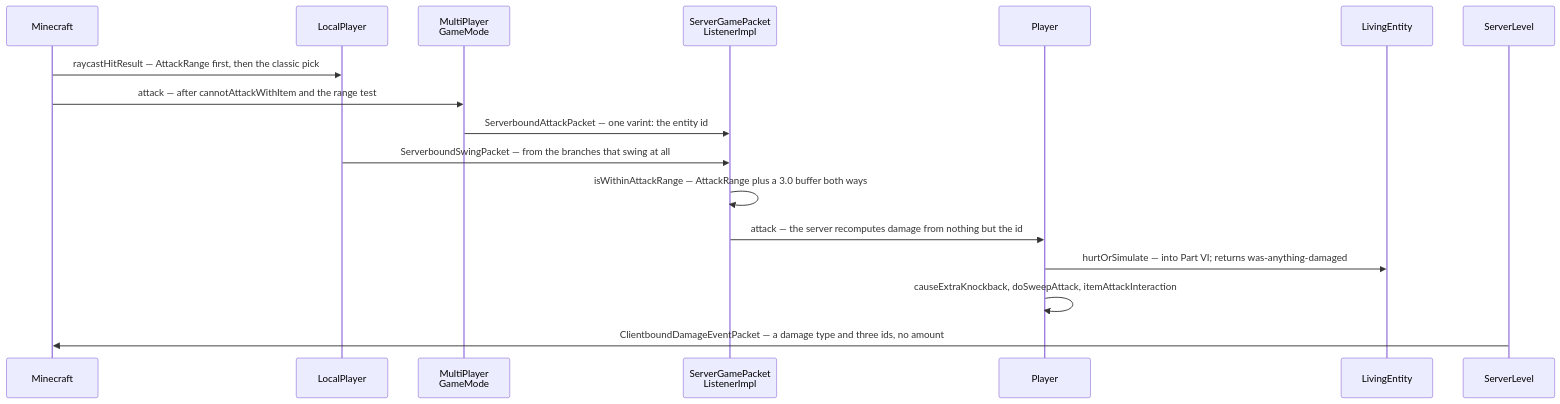
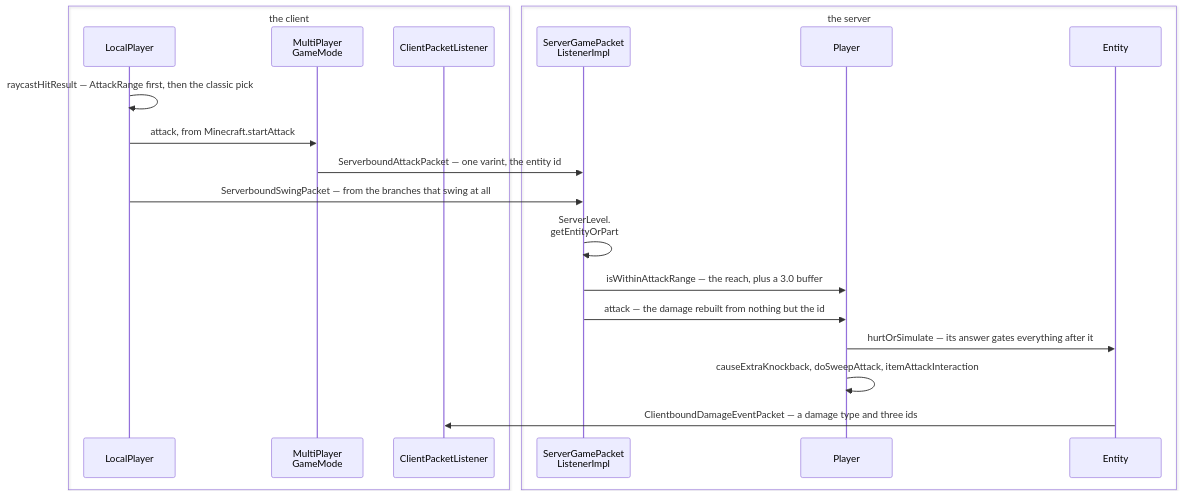
The first of 2 diagrams in src/systems/player/the-sword-swing.md (AlexanderjFraser/MinecraftDocs), drawn with Mermaid before and after one commit. The commit also changed other lines of this file and 12 other files, not shown here.

````diff
--- a/src/systems/player/the-sword-swing.md
+++ b/src/systems/player/the-sword-swing.md
@@ -108,20 +111,24 @@
 ```mermaid
 sequenceDiagram
-    participant MC as Minecraft
+    box transparent the client
     participant LP as LocalPlayer
     participant MPGM as MultiPlayer<br/>GameMode
+    participant CPL as ClientPacketListener
+    end
+    box transparent the server
     participant SGPL as ServerGamePacket<br/>ListenerImpl
     participant Player as Player
-    participant LE as LivingEntity
-    participant SL as ServerLevel
+    participant Entity as Entity
+    end
 
-    MC->>LP: raycastHitResult — AttackRange first, then the classic pick
-    MC->>MPGM: attack — after cannotAttackWithItem and the range test
-    MPGM->>SGPL: ServerboundAttackPacket — one varint: the entity id
+    LP->>LP: raycastHitResult — AttackRange first, then the classic pick
+    LP->>MPGM: attack, from Minecraft.startAttack
+    MPGM->>SGPL: ServerboundAttackPacket — one varint, the entity id
     LP->>SGPL: ServerboundSwingPacket — from the branches that swing at all
-    SGPL->>SGPL: isWithinAttackRange — AttackRange plus a 3.0 buffer both ways
-    SGPL->>Player: attack — the server recomputes damage from nothing but the id
-    Player->>LE: hurtOrSimulate — into Part VI#59; returns was-anything-damaged
+    SGPL->>SGPL: ServerLevel.<br/>getEntityOrPart
+    SGPL->>Player: isWithinAttackRange — the reach, plus a 3.0 buffer
+    SGPL->>Player: attack — the damage rebuilt from nothing but the id
+    Player->>Entity: hurtOrSimulate — its answer gates everything after it
     Player->>Player: causeExtraKnockback, doSweepAttack, itemAttackInteraction
-    SL->>MC: ClientboundDamageEventPacket — a damage type and three ids, no amount
+    Entity->>CPL: ClientboundDamageEventPacket — a damage type and three ids
 ```
````
